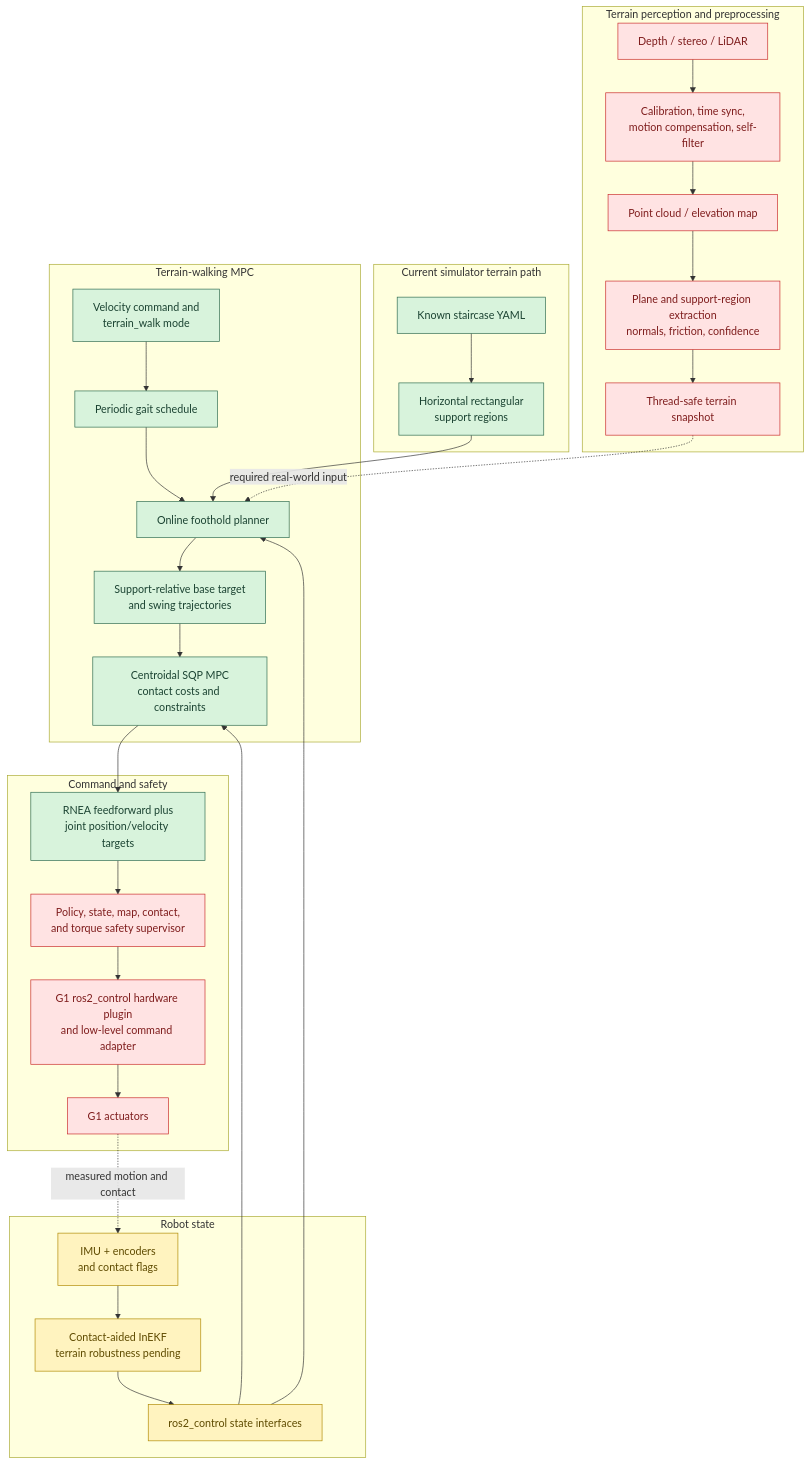
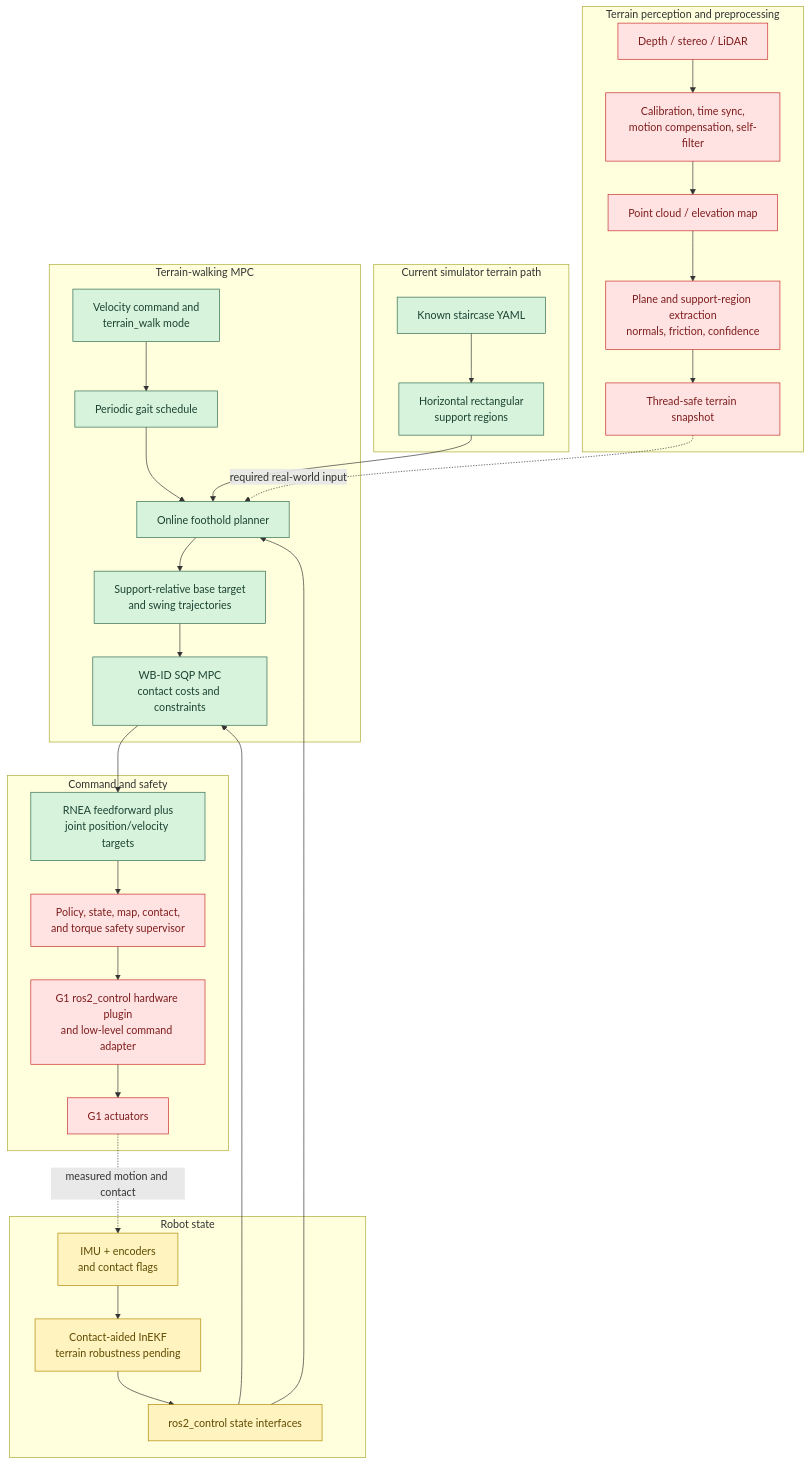
The second of 2 diagrams in docs/terrain_walking.md (wei-hsuan-cheng/legged_robot_mpc_controller), drawn with Mermaid before and after one commit. The commit also changed other lines of this file and 327 other files, not shown here.

````diff
--- a/docs/terrain_walking.md
+++ b/docs/terrain_walking.md
@@ -697,52 +714,52 @@
 ```mermaid
 flowchart TD
   classDef ready fill:#d8f3dc,stroke:#2d6a4f,color:#1b4332
   classDef partial fill:#fff3bf,stroke:#b08900,color:#5f4b00
   classDef missing fill:#ffe3e3,stroke:#c92a2a,color:#7f1d1d
 
   subgraph Perception["Terrain perception and preprocessing"]
     P1["Depth / stereo / LiDAR"]:::missing
     P2["Calibration, time sync,<br/>motion compensation, self-filter"]:::missing
     P3["Point cloud / elevation map"]:::missing
     P4["Plane and support-region extraction<br/>normals, friction, confidence"]:::missing
     P5["Thread-safe terrain snapshot"]:::missing
     P1 --> P2 --> P3 --> P4 --> P5
   end
 
   subgraph CurrentTerrain["Current simulator terrain path"]
     T1["Known staircase YAML"]:::ready
     T2["Horizontal rectangular<br/>support regions"]:::ready
     T1 --> T2
   end
 
   subgraph State["Robot state"]
     S2["IMU + encoders<br/>and contact flags"]:::partial
     S3["Contact-aided InEKF<br/>terrain robustness pending"]:::partial
     S4["ros2_control state interfaces"]:::partial
     S2 --> S3 --> S4
   end
 
   subgraph Planning["Terrain-walking MPC"]
     C1["Velocity command and<br/>terrain_walk mode"]:::ready
     C2["Periodic gait schedule"]:::ready
     C3["Online foothold planner"]:::ready
     C4["Support-relative base target<br/>and swing trajectories"]:::ready
-    C5["Centroidal SQP MPC<br/>contact costs and constraints"]:::ready
+    C5["WB-ID SQP MPC<br/>contact costs and constraints"]:::ready
     C1 --> C2 --> C3 --> C4 --> C5
   end
 
   P5 -.->|required real-world input| C3
   T2 --> C3
   S4 --> C3
   S4 --> C5
 
   subgraph Execution["Command and safety"]
     E1["RNEA feedforward plus<br/>joint position/velocity targets"]:::ready
     E2["Policy, state, map, contact,<br/>and torque safety supervisor"]:::missing
     E3["G1 ros2_control hardware plugin<br/>and low-level command adapter"]:::missing
     E4["G1 actuators"]:::missing
     C5 --> E1 --> E2 --> E3 --> E4
   end
 
   E4 -.->|measured motion and contact| S2
 ```
````
